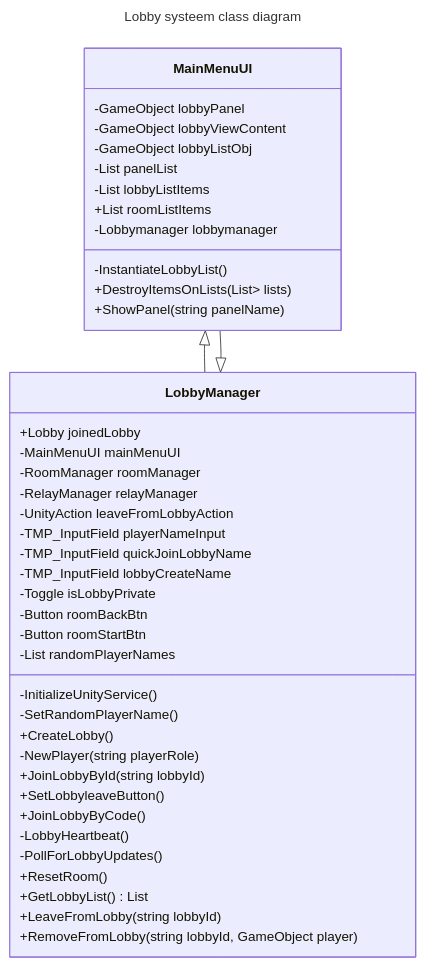
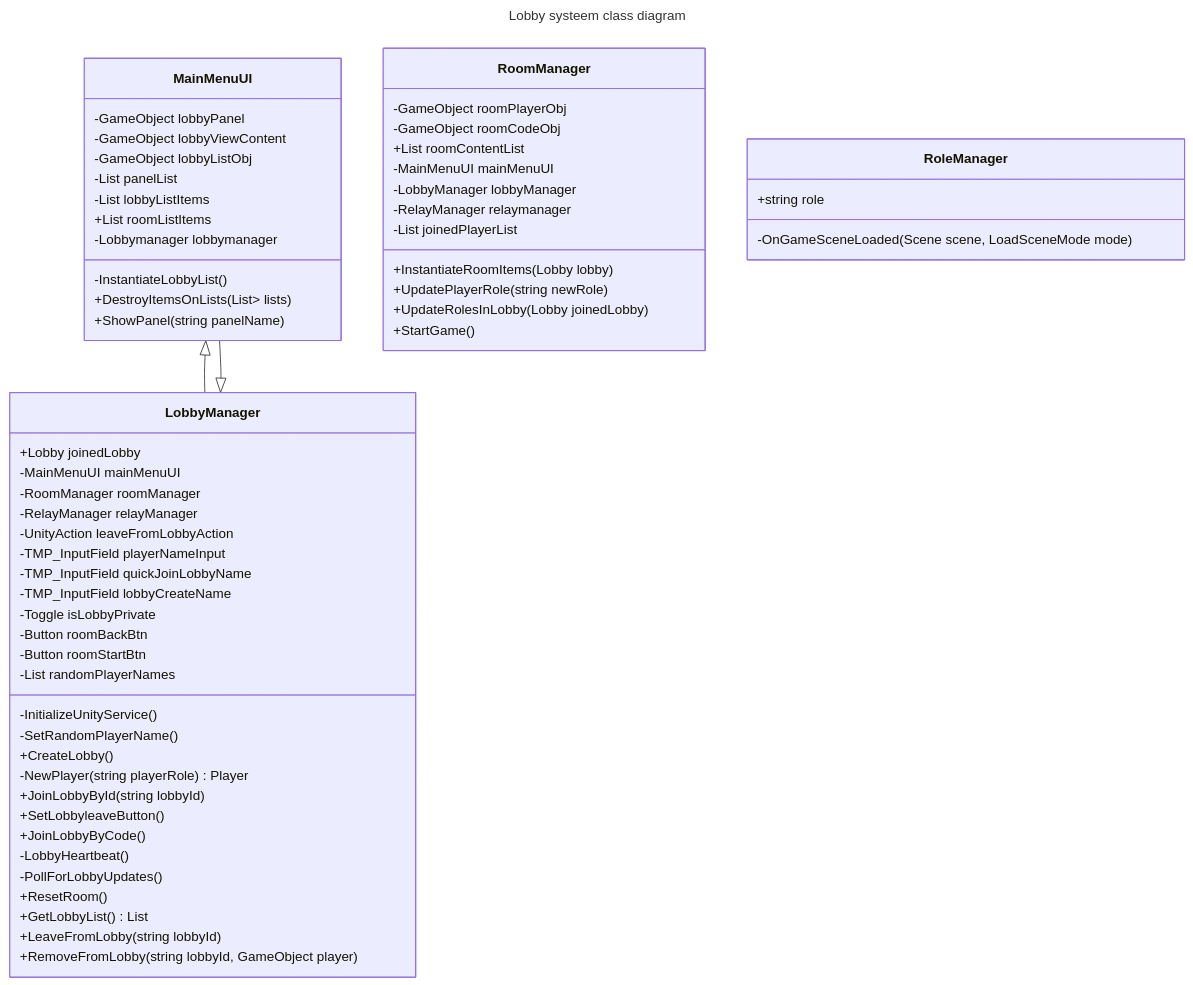
The third of 4 diagrams in README.md (T3rabyte/Examen), drawn with Mermaid before and after one commit.

````diff
--- a/README.md
+++ b/README.md
@@ -68,47 +68,64 @@
 ```mermaid
 ---
 title: Lobby systeem class diagram
 ---
 classDiagram
     MainMenuUI <|-- LobbyManager
     LobbyManager <|-- MainMenuUI
     class MainMenuUI{
         -GameObject lobbyPanel
         -GameObject lobbyViewContent
         -GameObject lobbyListObj
         -List<GameObject> panelList
         -List<GameObject> lobbyListItems
         +List<GameObject> roomListItems
         -Lobbymanager lobbymanager
         -InstantiateLobbyList()
         +DestroyItemsOnLists(List<List<GameObjects>> lists)
         +ShowPanel(string panelName)
     }
     class LobbyManager{
         +Lobby joinedLobby
         -MainMenuUI mainMenuUI
         -RoomManager roomManager
         -RelayManager relayManager
         -UnityAction leaveFromLobbyAction
         -TMP_InputField playerNameInput
         -TMP_InputField quickJoinLobbyName
         -TMP_InputField lobbyCreateName
         -Toggle isLobbyPrivate
         -Button roomBackBtn
         -Button roomStartBtn
         -List<string> randomPlayerNames
         -InitializeUnityService()
         -SetRandomPlayerName()
         +CreateLobby()
-        -NewPlayer(string playerRole)
+        -NewPlayer(string playerRole) Player
         +JoinLobbyById(string lobbyId)
         +SetLobbyleaveButton()
         +JoinLobbyByCode()
         -LobbyHeartbeat()
         -PollForLobbyUpdates()
         +ResetRoom()
         +GetLobbyList() List<Lobby>
         +LeaveFromLobby(string lobbyId)
         +RemoveFromLobby(string lobbyId, GameObject player) 
     }
+    class RoomManager{
+        -GameObject roomPlayerObj
+        -GameObject roomCodeObj
+        +List<GameObject> roomContentList
+        -MainMenuUI mainMenuUI
+        -LobbyManager lobbyManager
+        -RelayManager relaymanager
+        -List<Player> joinedPlayerList
+        +InstantiateRoomItems(Lobby lobby)
+        +UpdatePlayerRole(string newRole) 
+        +UpdateRolesInLobby(Lobby joinedLobby) 
+        +StartGame()
+    }
+    class RoleManager{
+        +string role
+        -OnGameSceneLoaded(Scene scene, LoadSceneMode mode)
+    }
 ```
````
